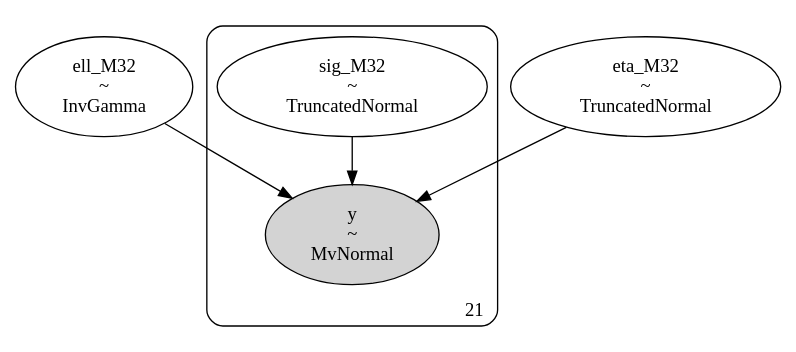
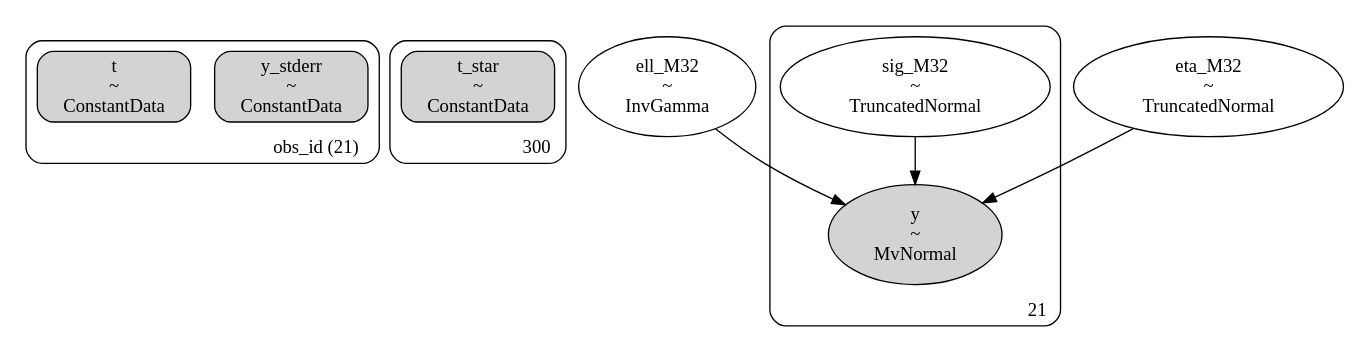
Before and after one commit to shihchingfu/gp-sandbox-thunderkat: the diagram in dags/428_ra236.530_dec-46.922_4U1543TraPDB_andersson_m32_dag.dot, drawn with Graphviz. The commit also changed 12 other files, not shown here.

```diff
--- a/dags/428_ra236.530_dec-46.922_4U1543TraPDB_andersson_m32_dag.dot
+++ b/dags/428_ra236.530_dec-46.922_4U1543TraPDB_andersson_m32_dag.dot
@@ -1,20 +1,35 @@
 digraph {
+	subgraph "clusterobs_id (21)" {
+		y_stderr [label="y_stderr
+~
+ConstantData" shape=box style="rounded, filled"]
+		t [label="t
+~
+ConstantData" shape=box style="rounded, filled"]
+		label="obs_id (21)" labeljust=r labelloc=b style=rounded
+	}
+	subgraph cluster300 {
+		t_star [label="t_star
+~
+ConstantData" shape=box style="rounded, filled"]
+		label=300 labeljust=r labelloc=b style=rounded
+	}
 	ell_M32 [label="ell_M32
 ~
 InvGamma" shape=ellipse]
 	eta_M32 [label="eta_M32
 ~
 TruncatedNormal" shape=ellipse]
 	subgraph cluster21 {
+		y [label="y
+~
+MvNormal" shape=ellipse style=filled]
 		sig_M32 [label="sig_M32
 ~
 TruncatedNormal" shape=ellipse]
-		y [label="y
-~
-MvNormal" shape=ellipse style=filled]
 		label=21 labeljust=r labelloc=b style=rounded
 	}
-	sig_M32 -> y
 	ell_M32 -> y
 	eta_M32 -> y
+	sig_M32 -> y
 }
```
